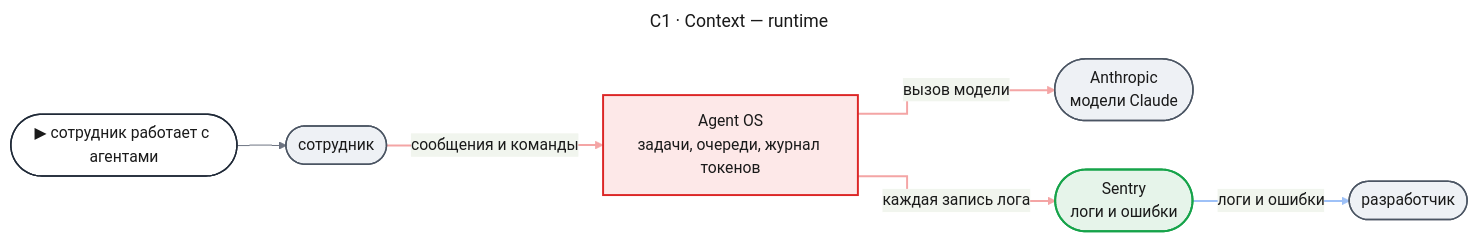
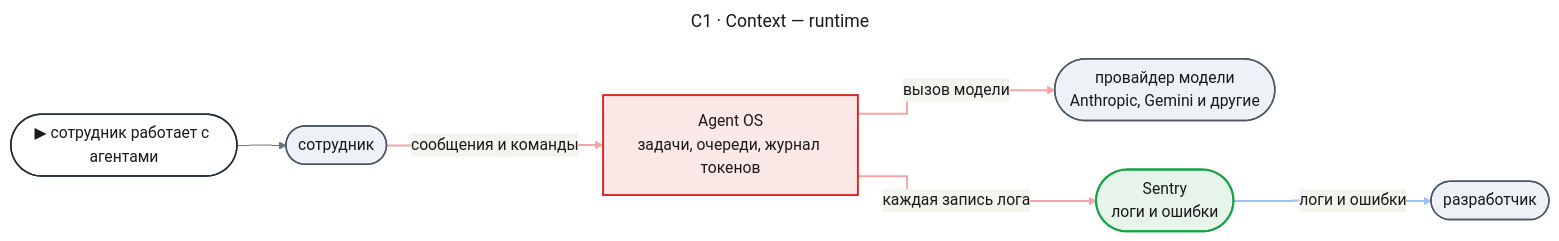
One commit to tundraray/agent-os changed the first of 12 diagrams in docs/features/agent-platform/design-runtime.md. Above: the diagram before and after it, drawn with Mermaid. The commit also changed other lines of this file and 1225 other files, not shown here.

````diff
--- a/docs/features/agent-platform/design-runtime.md
+++ b/docs/features/agent-platform/design-runtime.md
@@ -152,46 +144,46 @@
 ```mermaid
 ---
 title: "C1 · Context — runtime"
 config:
   theme: base
   look: classic
   themeVariables:
     primaryColor: "#eef1f5"
     primaryBorderColor: "#4b5563"
     primaryTextColor: "#1a1a1a"
     lineColor: "#6b7280"
   flowchart:
     curve: step
   themeCSS: |
     @keyframes lit_c1{0%,22.5%{stroke:#991b1b;stroke-width:6px}25%,100%{stroke:#f4a5a5;stroke-width:2px}}
     @keyframes litr_c1{0%,22.5%{stroke:#1d4ed8;stroke-width:6px}25%,100%{stroke:#9ec1f7;stroke-width:2px}}
 ---
 flowchart LR
     entry(["▶ сотрудник работает с агентами"])
     emp(["сотрудник"])
     aos["Agent OS<br/>задачи, очереди, журнал токенов"]
-    llm(["Anthropic<br/>модели Claude"])
+    llm(["провайдер модели<br/>Anthropic, Gemini и другие"])
     sentry(["Sentry<br/>логи и ошибки"])
     dev(["разработчик"])
     entry --> emp
     emp e1@-->|"сообщения и команды"| aos
     aos e2@-->|"вызов модели"| llm
     aos e3@-->|"каждая запись лога"| sentry
     sentry e4@-->|"логи и ошибки"| dev
     classDef entry fill:#ffffff,stroke:#1f2937,stroke-width:1.5px,color:#1a1a1a
     classDef changed fill:#fde8e8,stroke:#dc2626,stroke-width:2px,color:#1a1a1a
     classDef new fill:#e6f4ea,stroke:#16a34a,stroke-width:2px,color:#1a1a1a
     classDef unchanged fill:#eef1f5,stroke:#4b5563,stroke-width:1.5px,color:#1a1a1a
     classDef w1 stroke:#f4a5a5,stroke-width:2px,animation:lit_c1 4.8s linear 0s infinite
     classDef w2 stroke:#f4a5a5,stroke-width:2px,animation:lit_c1 4.8s linear 1.2s infinite
     classDef w3 stroke:#f4a5a5,stroke-width:2px,animation:lit_c1 4.8s linear 2.4s infinite
     classDef r1 stroke:#9ec1f7,stroke-width:2px,animation:litr_c1 4.8s linear 3.6s infinite
     class entry entry
     class aos changed
     class sentry new
     class emp,llm,dev unchanged
     class e1 w1
     class e2 w2
     class e3 w3
     class e4 r1
 ```
````
